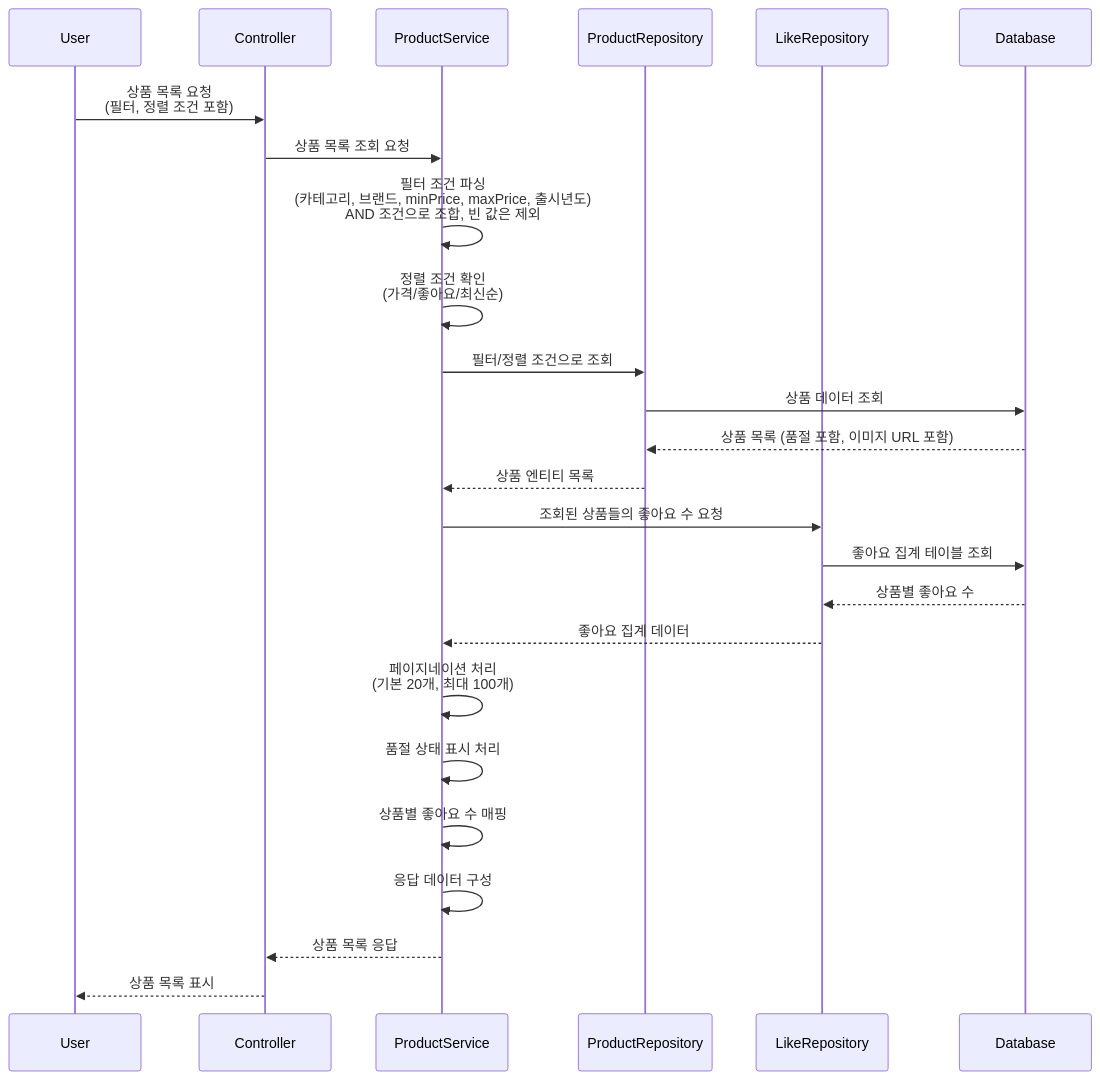
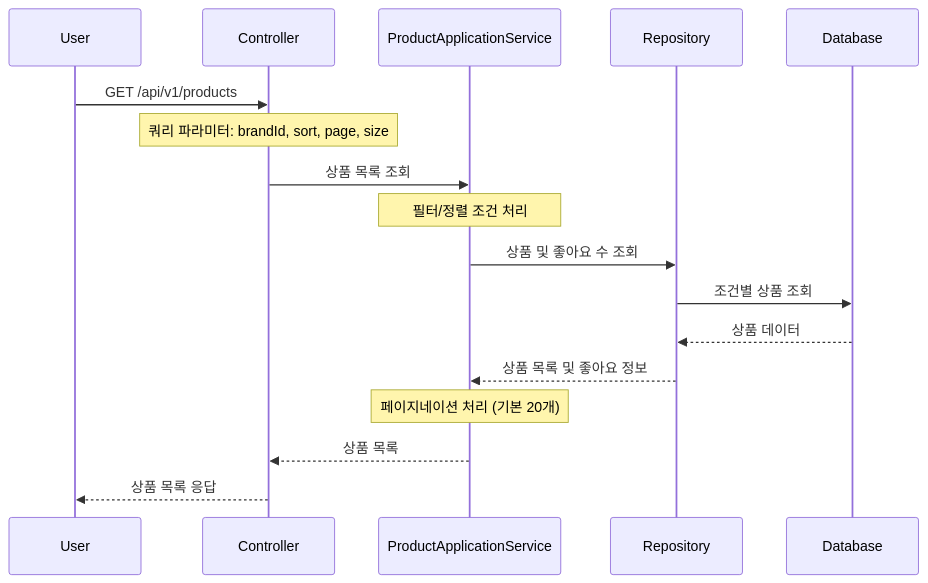
One commit to h2jinee/loopers changed the third of 10 diagrams in docs/design/02-sequence-diagrams.md. Above: the diagram before and after it, drawn with Mermaid. The commit also changed other lines of this file and 3 other files, not shown here.

````diff
--- a/docs/design/02-sequence-diagrams.md
+++ b/docs/design/02-sequence-diagrams.md
@@ -80,33 +56,24 @@
 ```mermaid
 sequenceDiagram
     participant U as User
     participant C as Controller
-    participant PS as ProductService
-    participant PR as ProductRepository
-    participant LR as LikeRepository
+    participant AS as ProductApplicationService
+    participant Repo as Repository
     participant DB as Database
 
-    U->>C: 상품 목록 요청<br/>(필터, 정렬 조건 포함)
-    C->>PS: 상품 목록 조회 요청
+    U->>C: GET /api/v1/products
+    Note over C: 쿼리 파라미터: brandId, sort, page, size
+    C->>AS: 상품 목록 조회
     
-    PS->>PS: 필터 조건 파싱<br/>(카테고리, 브랜드, minPrice, maxPrice, 출시년도)<br/>AND 조건으로 조합, 빈 값은 제외
-    PS->>PS: 정렬 조건 확인<br/>(가격/좋아요/최신순)
+    Note over AS: 필터/정렬 조건 처리
     
-    PS->>PR: 필터/정렬 조건으로 조회
-    PR->>DB: 상품 데이터 조회
-    DB-->>PR: 상품 목록 (품절 포함, 이미지 URL 포함)
-    PR-->>PS: 상품 엔티티 목록
+    AS->>Repo: 상품 및 좋아요 수 조회
+    Repo->>DB: 조건별 상품 조회
+    DB-->>Repo: 상품 데이터
+    Repo-->>AS: 상품 목록 및 좋아요 정보
     
-    PS->>LR: 조회된 상품들의 좋아요 수 요청
-    LR->>DB: 좋아요 집계 테이블 조회
-    DB-->>LR: 상품별 좋아요 수
-    LR-->>PS: 좋아요 집계 데이터
+    Note over AS: 페이지네이션 처리 (기본 20개)
     
-    PS->>PS: 페이지네이션 처리<br/>(기본 20개, 최대 100개)
-    PS->>PS: 품절 상태 표시 처리
-    PS->>PS: 상품별 좋아요 수 매핑
-    PS->>PS: 응답 데이터 구성
-    
-    PS-->>C: 상품 목록 응답
-    C-->>U: 상품 목록 표시
+    AS-->>C: 상품 목록
+    C-->>U: 상품 목록 응답
 ```
````
